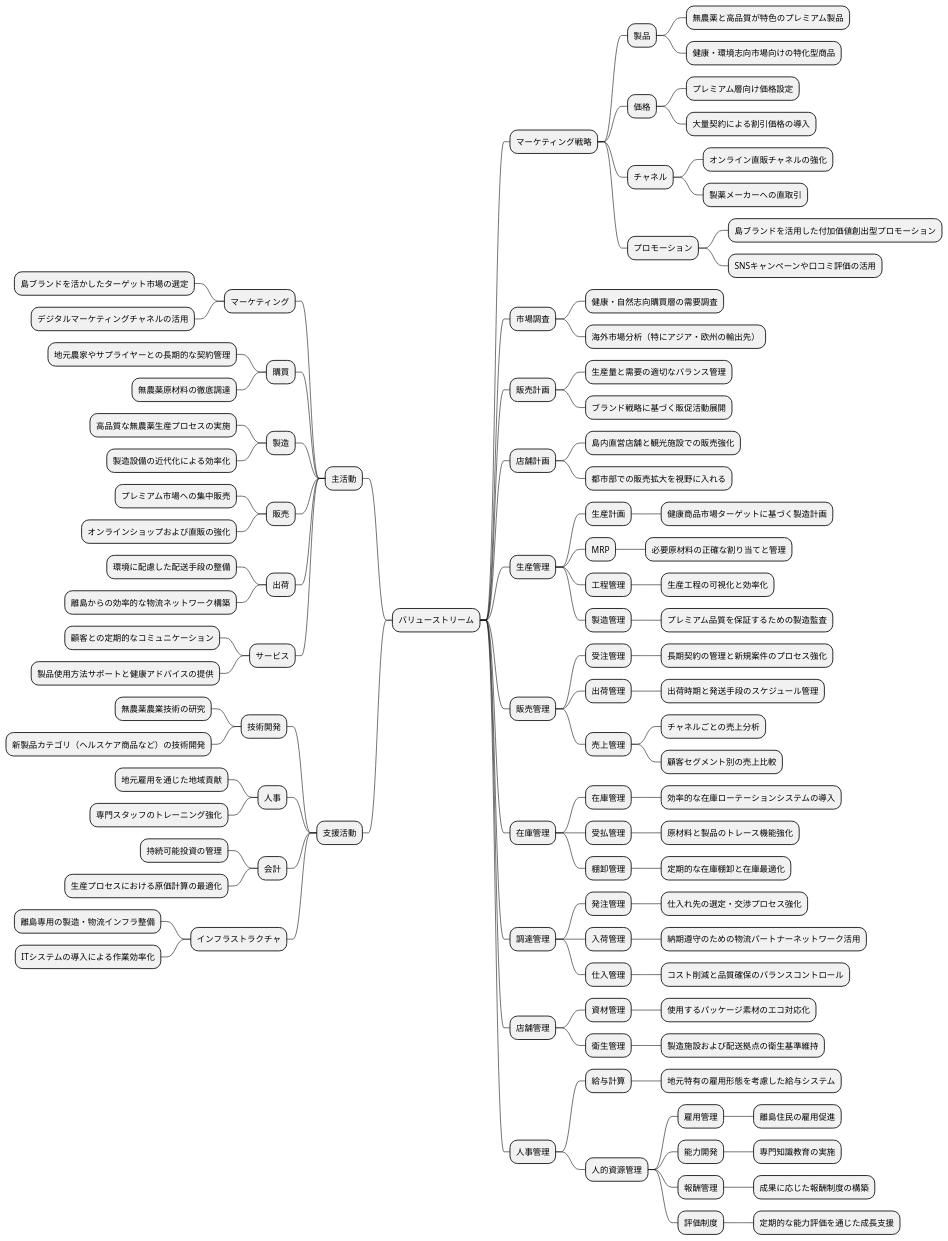
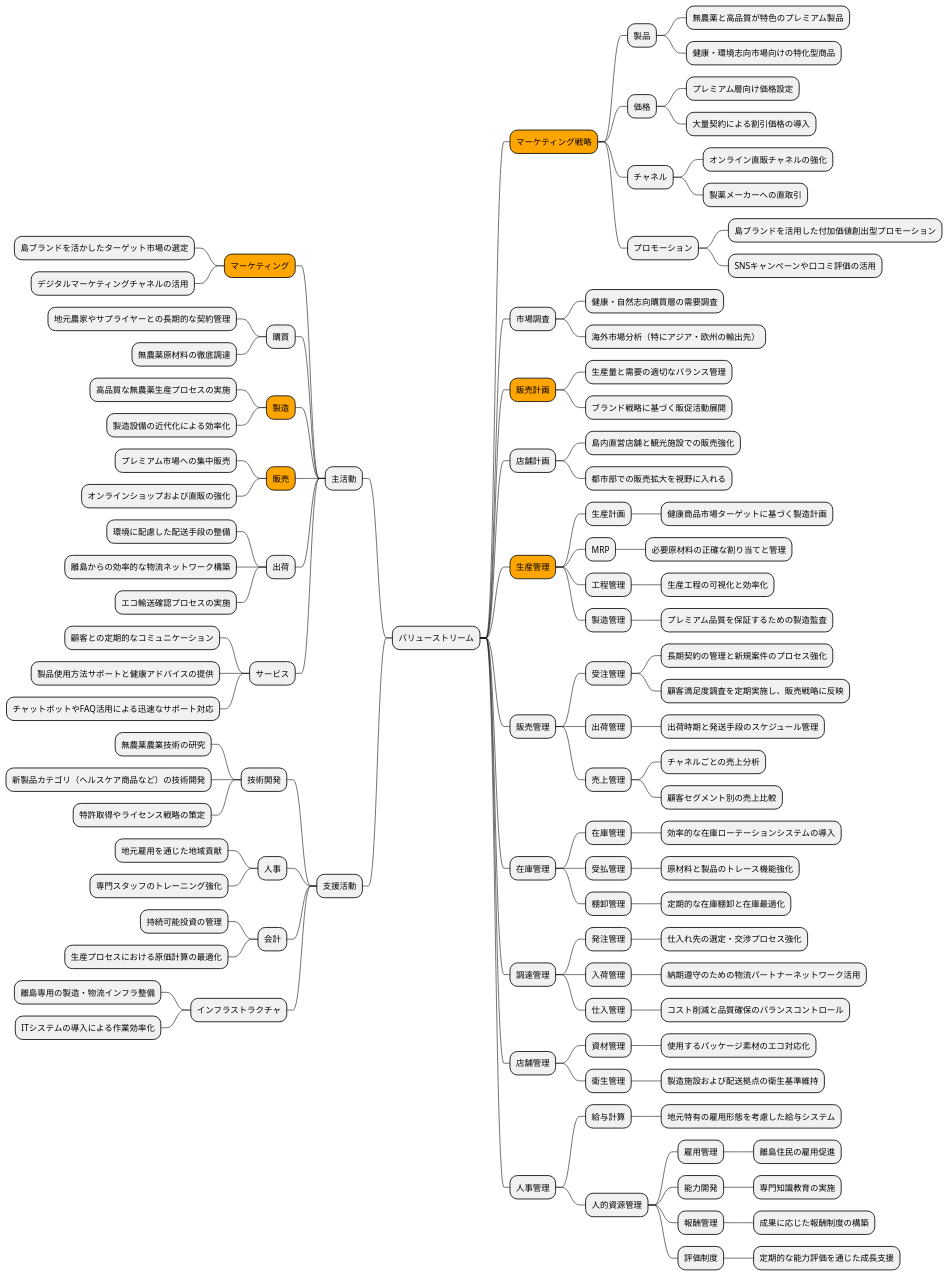
Diagram 12 of 19 in docs/case/r02_case_2.adoc (k2works/case-study-business-analysis), drawn with PlantUML before and after one commit. The commit also changed other lines of this file, not shown here.

```diff
--- a/docs/case/r02_case_2.adoc
+++ b/docs/case/r02_case_2.adoc
@@ -490,28 +591,31 @@
 * バリューストリーム
 left side
 ** 主活動
-*** マーケティング
+***[#orange] マーケティング
 **** 島ブランドを活かしたターゲット市場の選定
 **** デジタルマーケティングチャネルの活用
 *** 購買
 **** 地元農家やサプライヤーとの長期的な契約管理
 **** 無農薬原材料の徹底調達
-*** 製造
+***[#orange] 製造
 **** 高品質な無農薬生産プロセスの実施
 **** 製造設備の近代化による効率化
-*** 販売
+***[#orange] 販売
 **** プレミアム市場への集中販売
 **** オンラインショップおよび直販の強化
 *** 出荷
 **** 環境に配慮した配送手段の整備
 **** 離島からの効率的な物流ネットワーク構築
+**** エコ輸送確認プロセスの実施
 *** サービス
 **** 顧客との定期的なコミュニケーション
 **** 製品使用方法サポートと健康アドバイスの提供
+**** チャットボットやFAQ活用による迅速なサポート対応
 ** 支援活動
 *** 技術開発
 **** 無農薬農業技術の研究
 **** 新製品カテゴリ（ヘルスケア商品など）の技術開発
+**** 特許取得やライセンス戦略の策定
 *** 人事
 **** 地元雇用を通じた地域貢献
 **** 専門スタッフのトレーニング強化
@@ -522,7 +626,7 @@
 **** 離島専用の製造・物流インフラ整備
 **** ITシステムの導入による作業効率化
 right side
-** マーケティング戦略
+**[#orange] マーケティング戦略
 *** 製品
 **** 無農薬と高品質が特色のプレミアム製品
 **** 健康・環境志向市場向けの特化型商品
@@ -538,13 +642,13 @@
 ** 市場調査
 *** 健康・自然志向購買層の需要調査
 *** 海外市場分析（特にアジア・欧州の輸出先）
-** 販売計画
+**[#orange] 販売計画
 *** 生産量と需要の適切なバランス管理
 *** ブランド戦略に基づく販促活動展開
 ** 店舗計画
 *** 島内直営店舗と観光施設での販売強化
 *** 都市部での販売拡大を視野に入れる
-** 生産管理
+**[#orange] 生産管理
 *** 生産計画
 **** 健康商品市場ターゲットに基づく製造計画
 *** MRP
@@ -556,6 +660,7 @@
 ** 販売管理
 *** 受注管理
 **** 長期契約の管理と新規案件のプロセス強化
+**** 顧客満足度調査を定期実施し、販売戦略に反映
 *** 出荷管理
 **** 出荷時期と発送手段のスケジュール管理
 *** 売上管理
```
